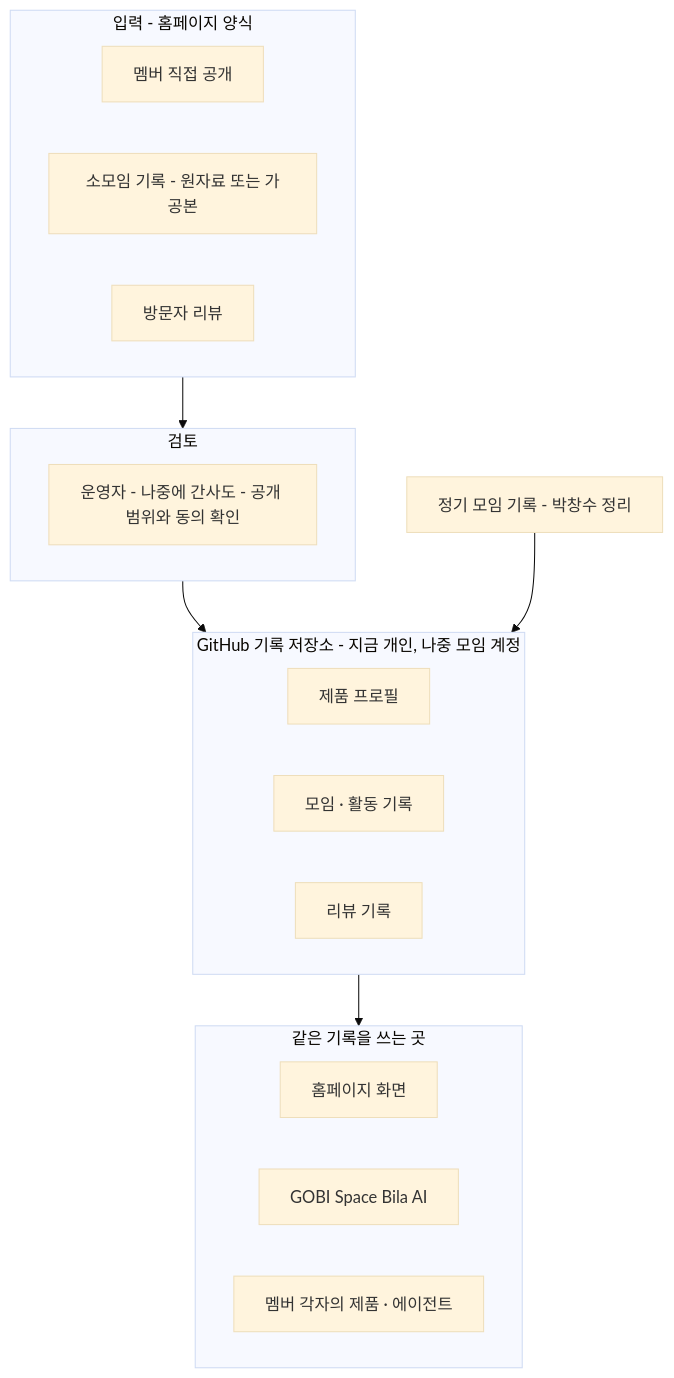
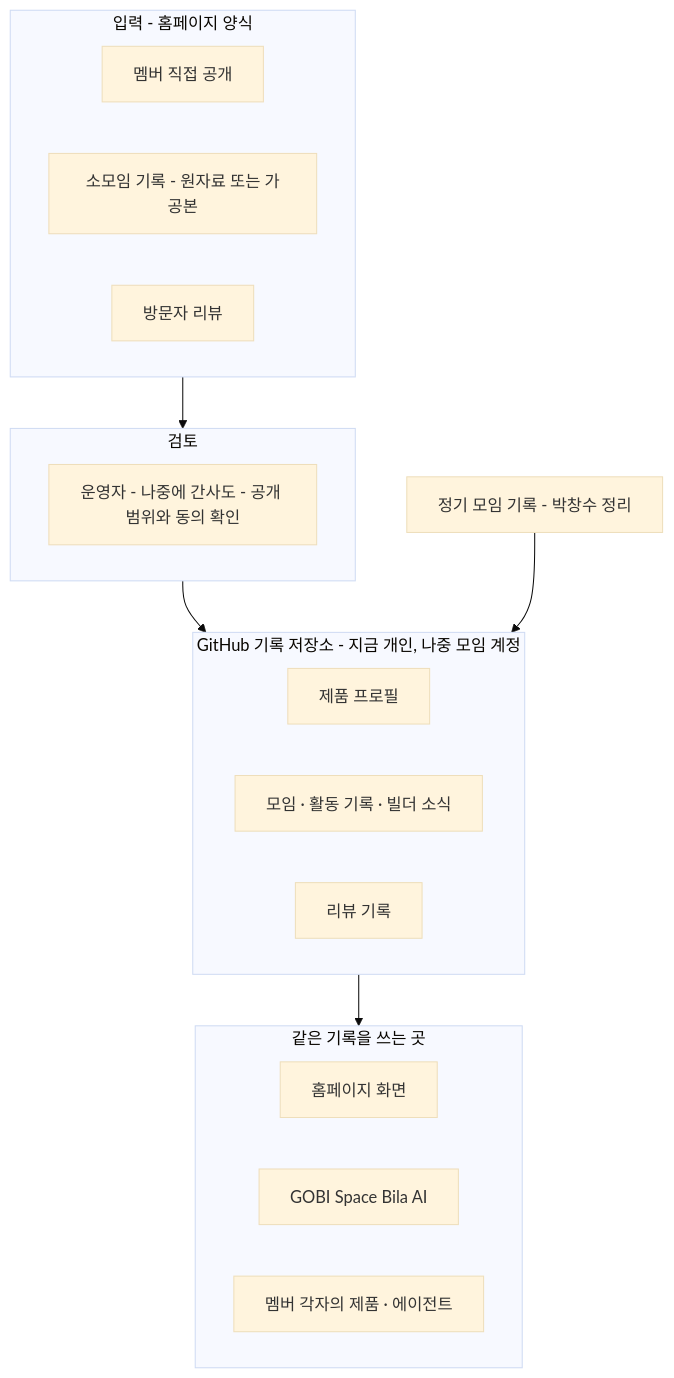
One commit to solkit70/builders-lounge-personal-notes changed the second of 2 diagrams in planning-2027/2026-11-08 BL 회고와 2027 계획 - 결과 (방송 중 작성).md. Above: the diagram before and after it, drawn with Mermaid (base theme). The commit also changed other lines of this file, not shown here.

````diff
--- a/planning-2027/2026-11-08 BL 회고와 2027 계획 - 결과 (방송 중 작성).md
+++ b/planning-2027/2026-11-08 BL 회고와 2027 계획 - 결과 (방송 중 작성).md
@@ -260,29 +273,29 @@
 ```mermaid
 flowchart TB
     subgraph In["입력 - 홈페이지 양식"]
         direction LR
         I1["멤버 직접 공개"]
         I2["소모임 기록 - 원자료 또는 가공본"]
         I3["방문자 리뷰"]
     end
     subgraph Chk["검토"]
         C1["운영자 - 나중에 간사도 - 공개 범위와 동의 확인"]
     end
     subgraph Store["GitHub 기록 저장소 - 지금 개인, 나중 모임 계정"]
         direction LR
         S1["제품 프로필"]
-        S2["모임 · 활동 기록"]
+        S2["모임 · 활동 기록 · 빌더 소식"]
         S3["리뷰 기록"]
     end
     subgraph Use["같은 기록을 쓰는 곳"]
         direction LR
         U1["홈페이지 화면"]
         U2["GOBI Space Bila AI"]
         U3["멤버 각자의 제품 · 에이전트"]
     end
     M["정기 모임 기록 - 박창수 정리"]
     In --> Chk
     Chk --> Store
     M --> Store
     Store --> Use
 ```
````
